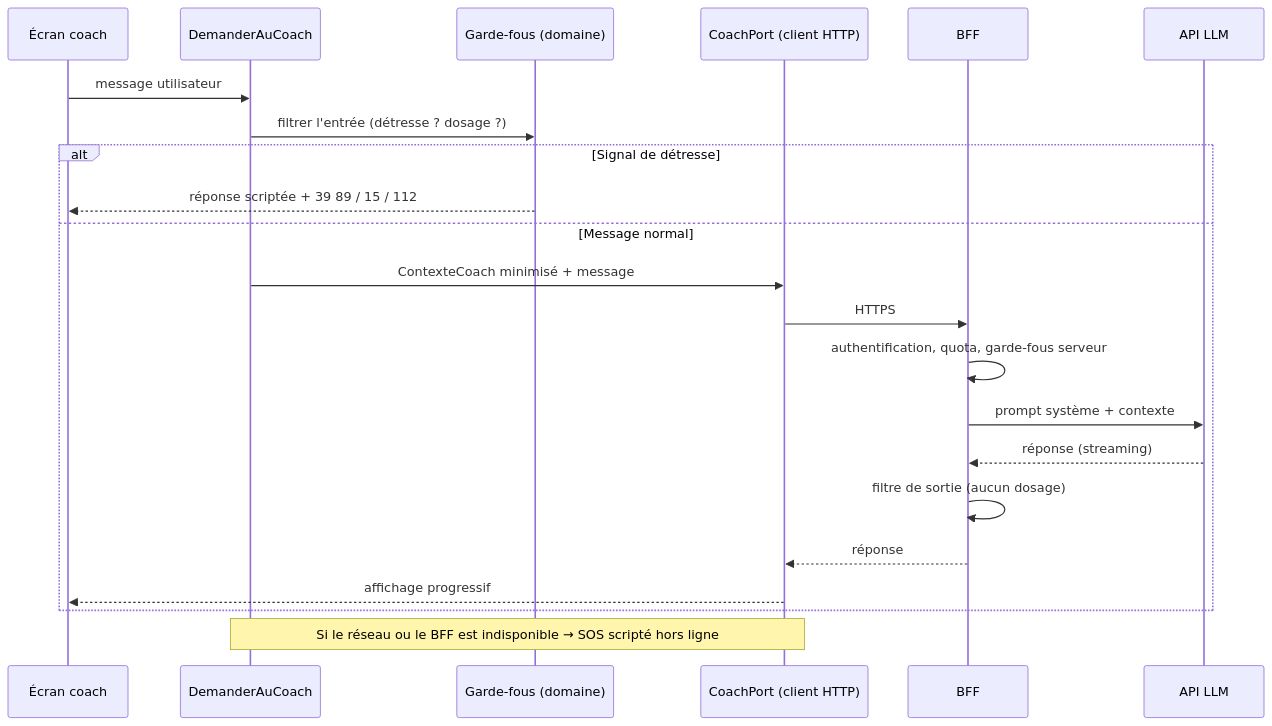
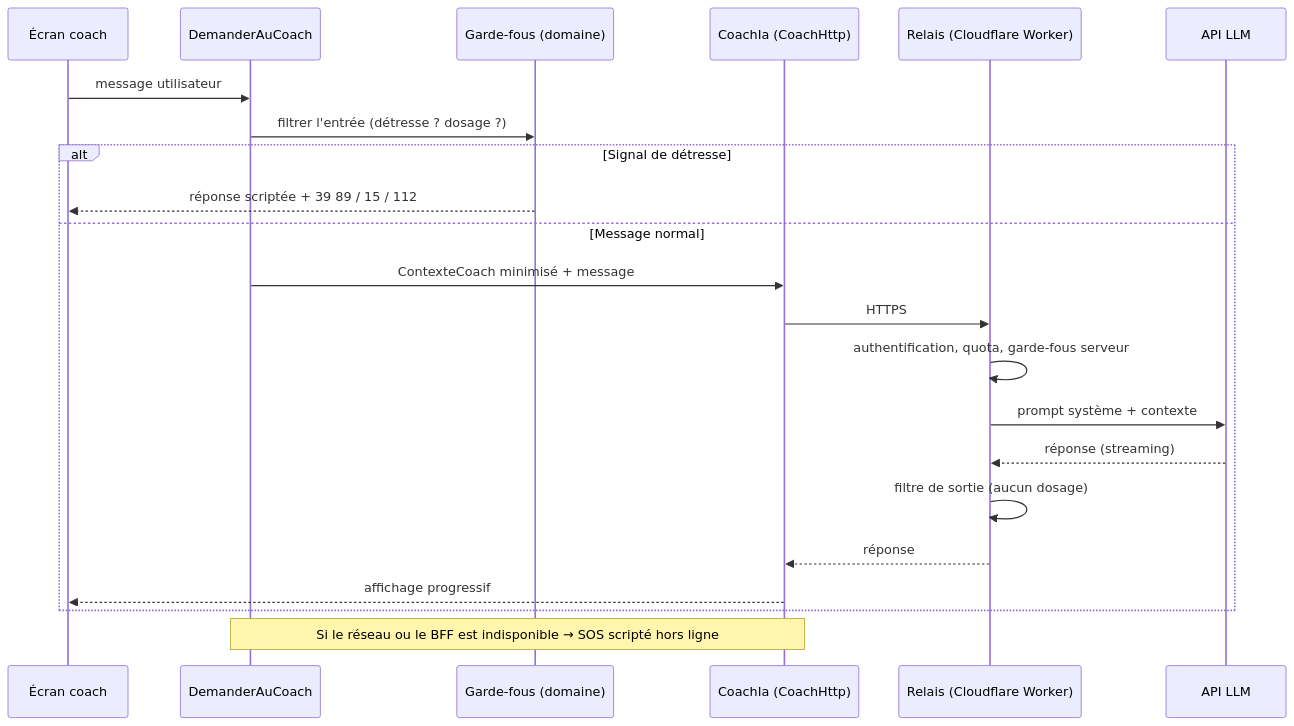
One commit to zdmooc/declic-quit-coach changed the third of 5 diagrams in docs/architecture/03-architecture-applicative.md. Above: the diagram before and after it, drawn with Mermaid. The commit also changed other lines of this file and 11 other files, not shown here.

First line of the commit message:
docs(architecture): remise à niveau 01 à 07 sur le code, ADR-0005 et 0006, revue d'architecture (08)

````diff
--- a/docs/architecture/03-architecture-applicative.md
+++ b/docs/architecture/03-architecture-applicative.md
@@ -148,24 +188,24 @@
 ```mermaid
 sequenceDiagram
   participant UI as Écran coach
   participant UC as DemanderAuCoach
   participant G as Garde-fous (domaine)
-  participant CP as CoachPort (client HTTP)
-  participant BFF as BFF
+  participant CP as CoachIa (CoachHttp)
+  participant BFF as Relais (Cloudflare Worker)
   participant LLM as API LLM
   UI->>UC: message utilisateur
   UC->>G: filtrer l'entrée (détresse ? dosage ?)
   alt Signal de détresse
     G-->>UI: réponse scriptée + 39 89 / 15 / 112
   else Message normal
     UC->>CP: ContexteCoach minimisé + message
     CP->>BFF: HTTPS
     BFF->>BFF: authentification, quota, garde-fous serveur
     BFF->>LLM: prompt système + contexte
     LLM-->>BFF: réponse (streaming)
     BFF->>BFF: filtre de sortie (aucun dosage)
     BFF-->>CP: réponse
     CP-->>UI: affichage progressif
   end
   Note over UC,CP: Si le réseau ou le BFF est indisponible → SOS scripté hors ligne
 ```
````
